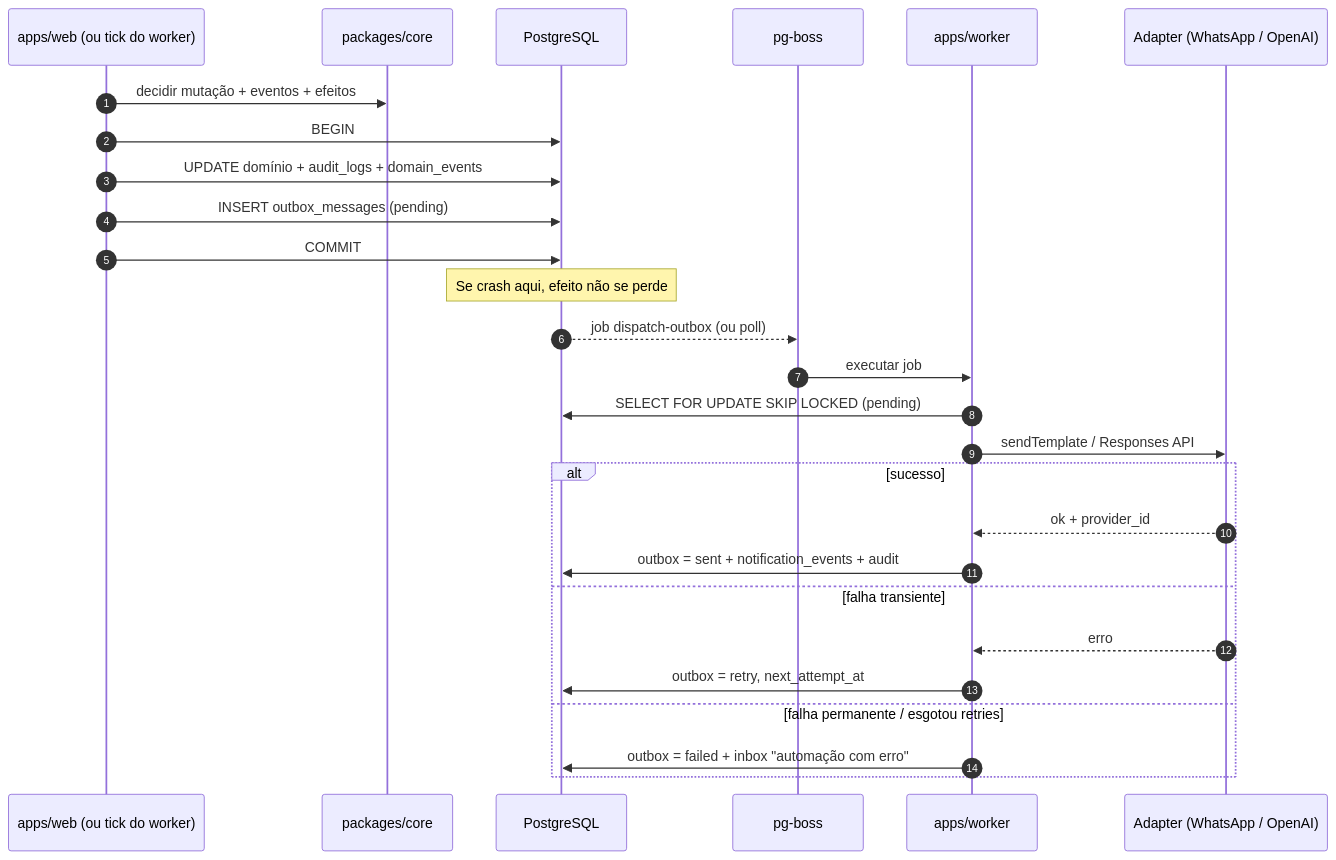
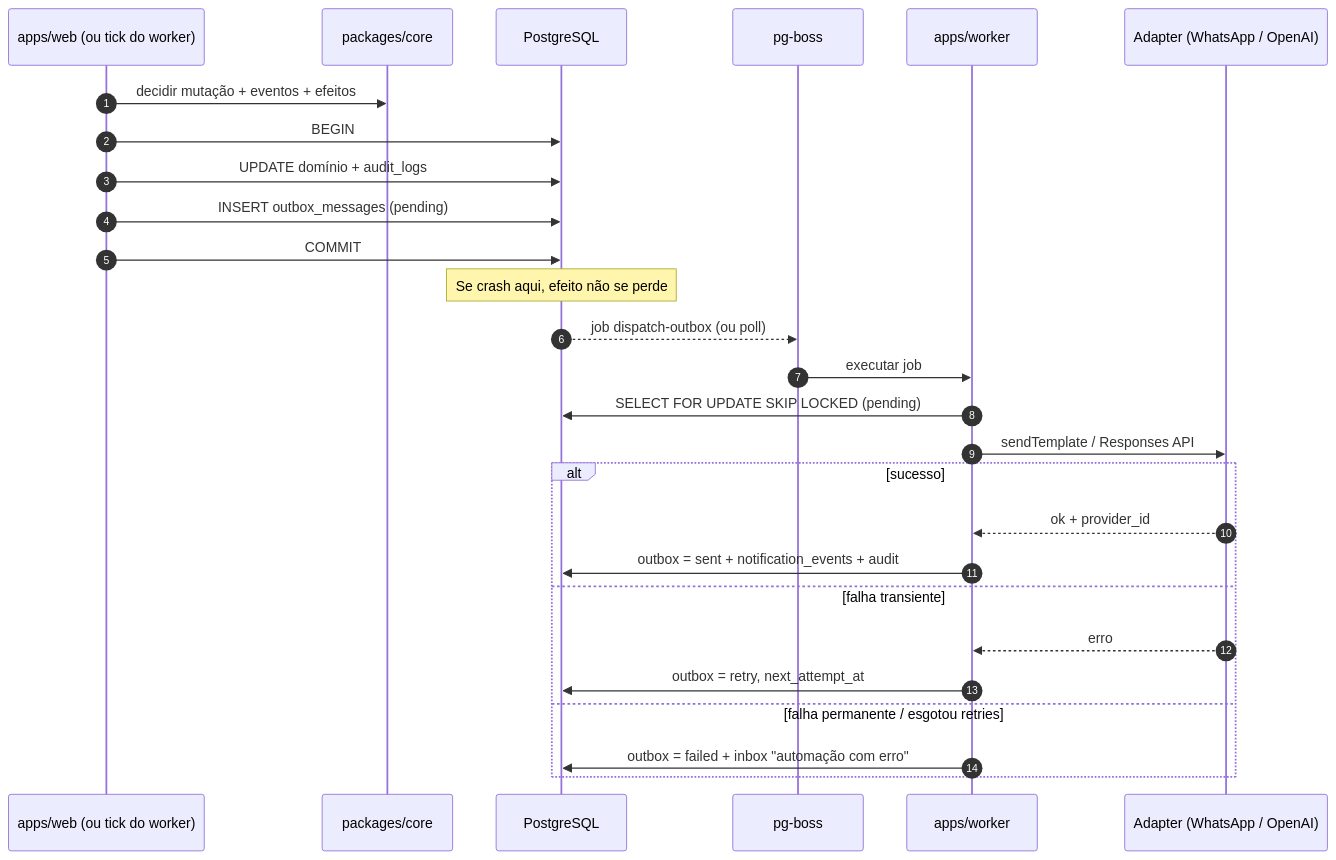
Before and after one commit to joritodev/matriz-de-responsabilidade: the third of 3 diagrams in docs/05-architecture.md, drawn with Mermaid. The commit also changed other lines of this file and 17 other files, not shown here.

````diff
--- a/docs/05-architecture.md
+++ b/docs/05-architecture.md
@@ -309,30 +309,30 @@
 ```mermaid
 sequenceDiagram
   autonumber
   participant UI as apps/web (ou tick do worker)
   participant Core as packages/core
   participant DB as PostgreSQL
   participant Boss as pg-boss
   participant W as apps/worker
   participant Ad as Adapter (WhatsApp / OpenAI)
 
   UI->>Core: decidir mutação + eventos + efeitos
   UI->>DB: BEGIN
-  UI->>DB: UPDATE domínio + audit_logs + domain_events
+  UI->>DB: UPDATE domínio + audit_logs
   UI->>DB: INSERT outbox_messages (pending)
   UI->>DB: COMMIT
   Note over DB: Se crash aqui, efeito não se perde
   DB-->>Boss: job dispatch-outbox (ou poll)
   Boss->>W: executar job
   W->>DB: SELECT FOR UPDATE SKIP LOCKED (pending)
   W->>Ad: sendTemplate / Responses API
   alt sucesso
     Ad-->>W: ok + provider_id
     W->>DB: outbox = sent + notification_events + audit
   else falha transiente
     Ad-->>W: erro
     W->>DB: outbox = retry, next_attempt_at
   else falha permanente / esgotou retries
     W->>DB: outbox = failed + inbox "automação com erro"
   end
 ```
````
